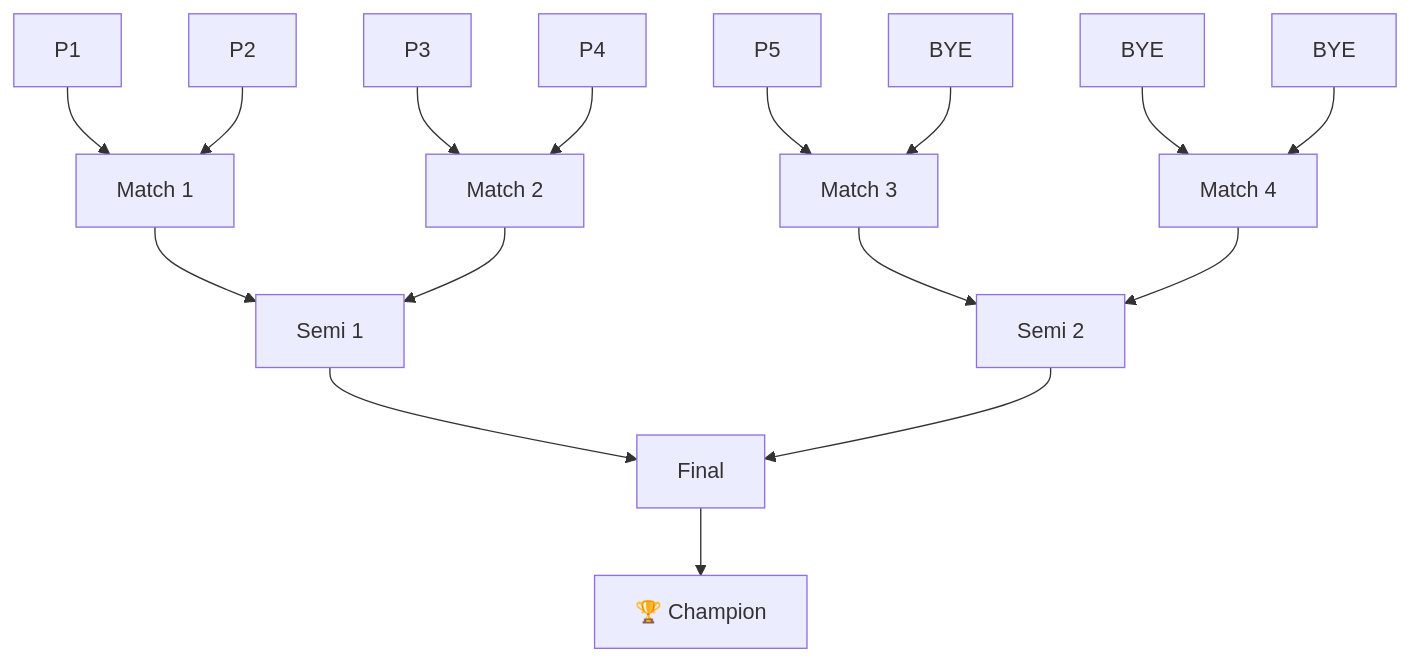
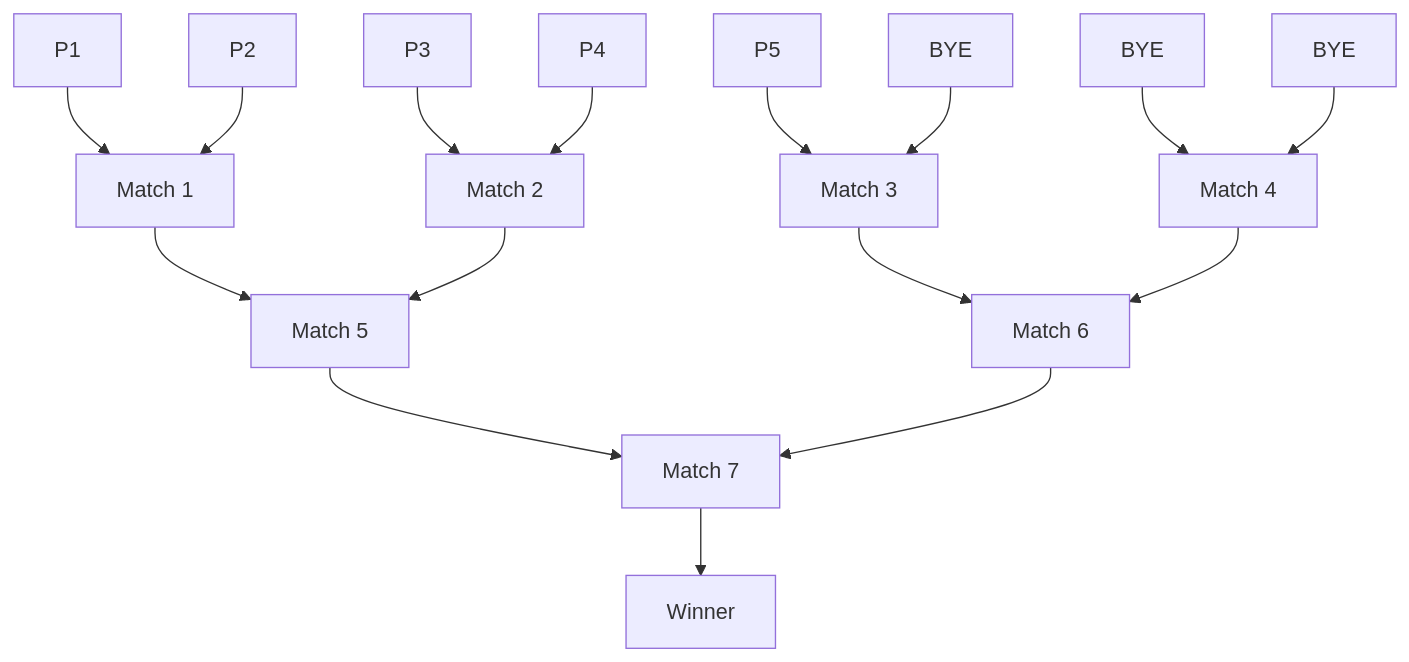
Before and after one commit to marsha-t/ft_transcendence: the diagram in documentation/brackets.mmd, drawn with Mermaid. The commit also changed other lines of this file and 10 other files, not shown here.

```diff
--- a/documentation/brackets.mmd
+++ b/documentation/brackets.mmd
@@ -1,28 +1,38 @@
 graph TD
 
   %% Round 1
   P1["P1"] --> M1["Match 1"]
   P2["P2"] --> M1
 
   P3["P3"] --> M2["Match 2"]
   P4["P4"] --> M2
 
   P5["P5"] --> M3["Match 3"]
   BYE1["BYE"] --> M3
 
   BYE2["BYE"] --> M4["Match 4"]
   BYE3["BYE"] --> M4
 
   %% Round 2
-  M1 --> M5["Semi 1"]
+  M1 --> M5["Match 5"]
   M2 --> M5
 
-  M3 --> M6["Semi 2"]
+  M3 --> M6["Match 6"]
   M4 --> M6
 
   %% Final
-  M5 --> F["Final"]
+  M5 --> F["Match 7"]
   M6 --> F
 
   %% Champion
-  F --> C["🏆 Champion"]
+  F --> C["Winner"]
+
+
+%% For bracketSize = 8, round1Matches = 4.
+%% parentIndex = round1Matches + Math.floor((matchIndex - 1) / 2) + 1
+%% Match 1 → 4 + floor((1-1)/2) + 1 = 5 (Parent is M5)
+%% Match 2 → 4 + floor((2-1)/2) + 1 = 5 (Parent is M5)
+%% Match 3 → 4 + floor((3-1)/2) + 1 = 6 (Parent is M6)
+%% Match 4 → 4 + floor((4-1)/2) + 1 = 6 (Parent is M6)
+%% Match 5 → 4 + floor((5-1)/2) + 1 = 7 (Parent is Final)
+%% Match 6 → 4 + floor((6-1)/2) + 1 = 7 (Parent is Final)
```
